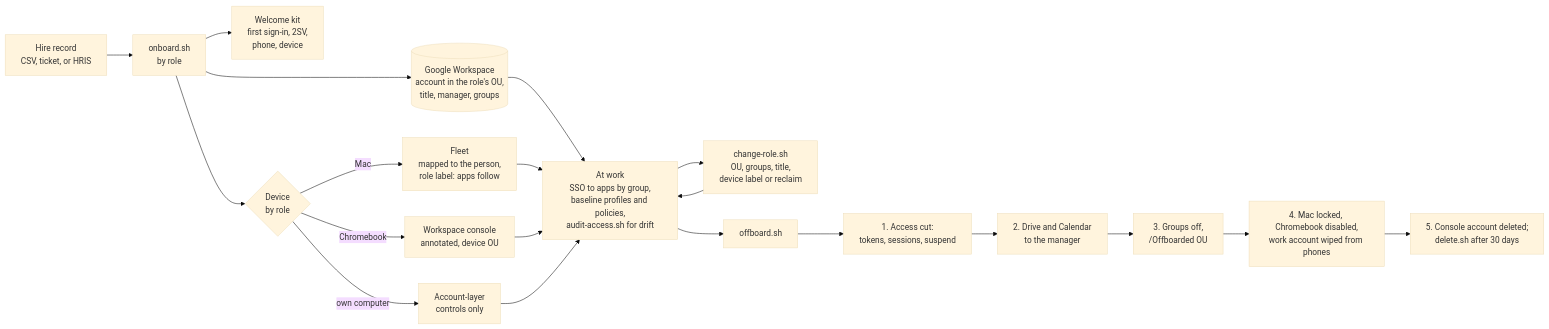
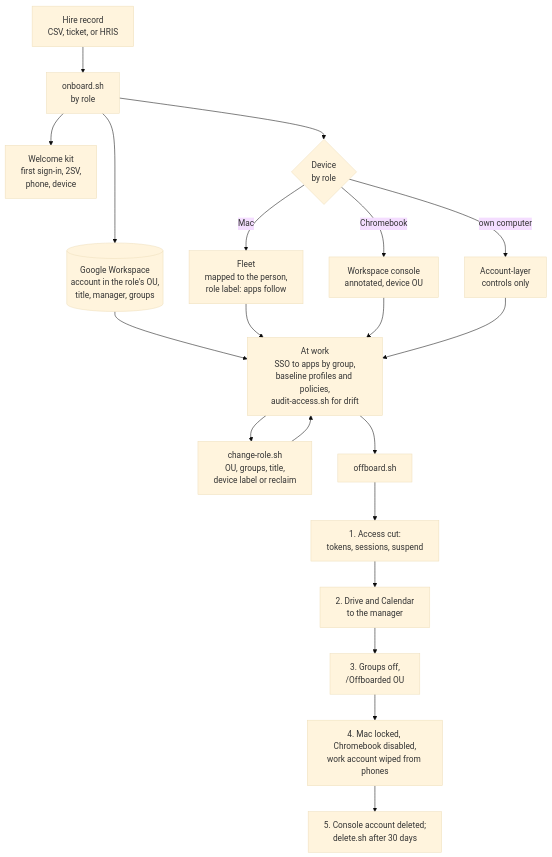
One commit to tjcollins321/endpoint-identity-lab changed the diagram in README.md. Above: the diagram before and after it, drawn with Mermaid (base theme).

Commit message:
README: the lifecycle diagram drawn top to bottom

````diff
--- a/README.md
+++ b/README.md
@@ -25,22 +25,22 @@
 ```mermaid
-flowchart LR
+flowchart TB
   HR["Hire record<br/>CSV, ticket, or HRIS"] --> ON["onboard.sh<br/>by role"]
   ON --> WS[("Google Workspace<br/>account in the role's OU,<br/>title, manager, groups")]
   ON --> KIT["Welcome kit<br/>first sign-in, 2SV,<br/>phone, device"]
   ON --> DEV{"Device<br/>by role"}
   DEV -->|Mac| FL["Fleet<br/>mapped to the person,<br/>role label: apps follow"]
   DEV -->|Chromebook| CR["Workspace console<br/>annotated, device OU"]
   DEV -->|own computer| BYOD["Account-layer<br/>controls only"]
   WS --> WORK["At work<br/>SSO to apps by group,<br/>baseline profiles and policies,<br/>audit-access.sh for drift"]
   FL --> WORK
   CR --> WORK
   BYOD --> WORK
   WORK --> CH["change-role.sh<br/>OU, groups, title,<br/>device label or reclaim"]
   CH --> WORK
   WORK --> OFF["offboard.sh"]
   OFF --> O1["1. Access cut:<br/>tokens, sessions, suspend"]
   O1 --> O2["2. Drive and Calendar<br/>to the manager"]
   O2 --> O3["3. Groups off,<br/>/Offboarded OU"]
   O3 --> O4["4. Mac locked, Chromebook disabled,<br/>work account wiped from phones"]
   O4 --> O5["5. Console account deleted;<br/>delete.sh after 30 days"]
 ```
````
